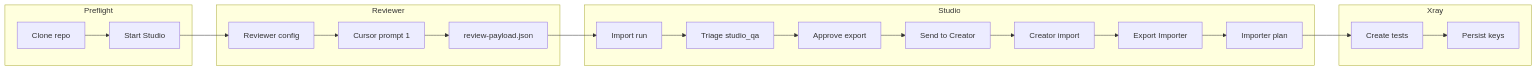
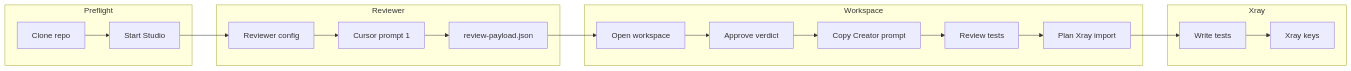
The second of 2 diagrams in Trinity/ARCHITECTURE.md (marekwyszynskiappfire/docs), drawn with Mermaid before and after one commit. The commit also changed other lines of this file and 98 other files, not shown here.

Commit message:
Guide operators through one Studio workspace and set Creator coverage depth in the prompt.

````diff
--- a/Trinity/ARCHITECTURE.md
+++ b/Trinity/ARCHITECTURE.md
@@ -69,27 +69,25 @@
 ```mermaid
 flowchart LR
   subgraph pre [Preflight]
     CLONE[Clone repo]
     START[Start Studio]
   end
   subgraph rev [Reviewer]
     CFG[Reviewer config]
     P1[Cursor prompt 1]
     RUN[review-payload.json]
   end
-  subgraph stu [Studio]
-    IMP[Import run]
-    TRI[Triage studio_qa]
-    APR[Approve export]
-    P2[Send to Creator]
-    CRE[Creator import]
-    XPL[Export Importer]
-    P3[Importer plan]
+  subgraph stu [Workspace]
+    OPEN[Open workspace]
+    APR[Approve verdict]
+    P2[Copy Creator prompt]
+    REV[Review tests]
+    PLAN[Plan Xray import]
   end
   subgraph xray [Xray]
-    EXEC[Create tests]
-    KEYS[Persist keys]
+    EXEC[Write tests]
+    KEYS[Xray keys]
   end
-  CLONE --> START --> CFG --> P1 --> RUN --> IMP --> TRI --> APR --> P2
-  P2 --> CRE --> XPL --> P3 --> EXEC --> KEYS
+  CLONE --> START --> CFG --> P1 --> RUN --> OPEN --> APR --> P2
+  P2 --> REV --> PLAN --> EXEC --> KEYS
 ```
````
